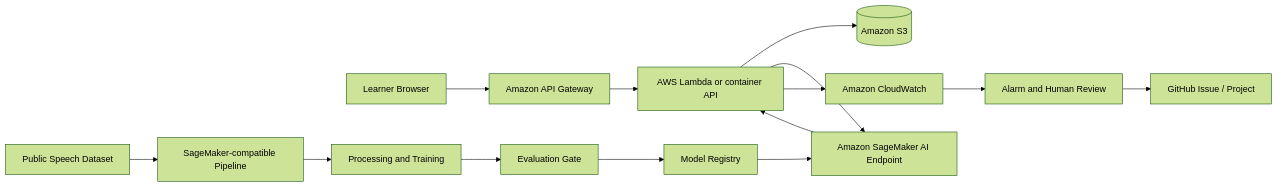
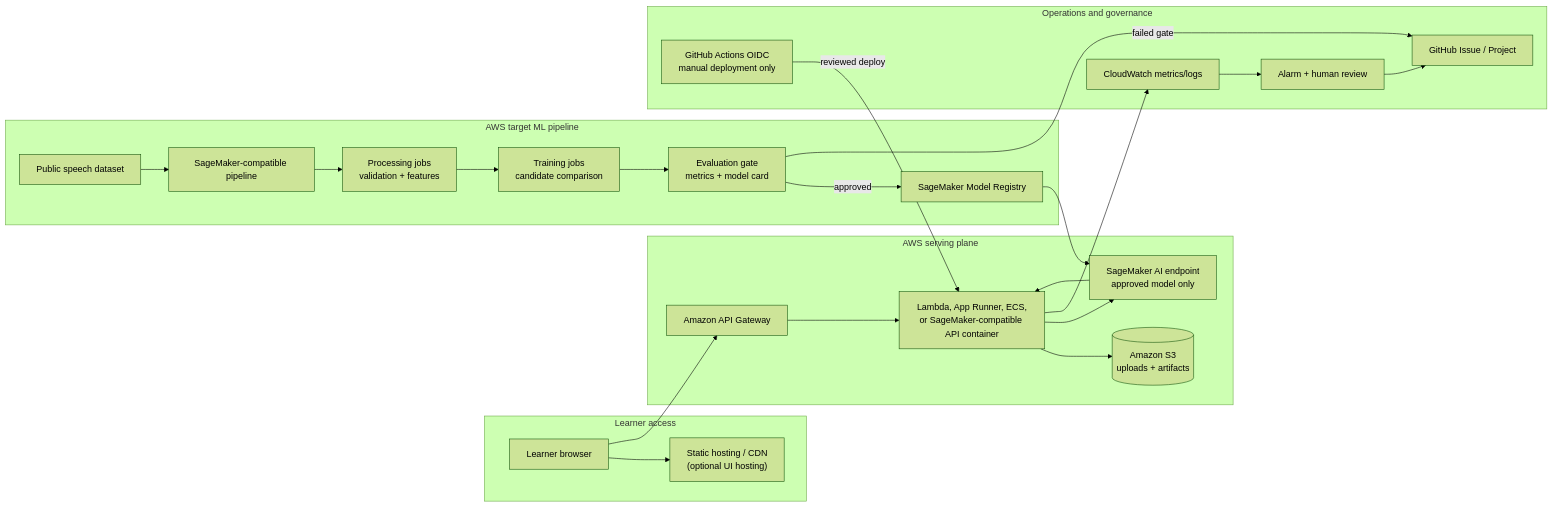
One commit to DanielAndi/fluentedge changed the second of 6 diagrams in FluentEdge_Sprint2_Design_and_Requirements_Specification.md. Above: the diagram before and after it, drawn with Mermaid (forest theme). The commit also changed other lines of this file and 14 other files, not shown here.

````diff
--- a/FluentEdge_Sprint2_Design_and_Requirements_Specification.md
+++ b/FluentEdge_Sprint2_Design_and_Requirements_Specification.md
@@ -218,17 +240,43 @@
 ```mermaid
 flowchart LR
-    U[Learner Browser] --> AGW[Amazon API Gateway]
-    AGW --> L[AWS Lambda or container API]
-    L --> S3[(Amazon S3)]
-    L --> SM[Amazon SageMaker AI Endpoint]
-    SM --> L
-    L --> CW[Amazon CloudWatch]
+    subgraph Edge["Learner access"]
+        U["Learner browser"]
+        CDN["Static hosting / CDN<br/>(optional UI hosting)"]
+    end
 
-    DATA[Public Speech Dataset] --> P[SageMaker-compatible Pipeline]
-    P --> TR[Processing and Training]
-    TR --> EV[Evaluation Gate]
-    EV --> MR[Model Registry]
-    MR --> SM
-    CW --> AL[Alarm and Human Review]
-    AL --> GI[GitHub Issue / Project]
+    subgraph Serving["AWS serving plane"]
+        AGW["Amazon API Gateway"]
+        API["Lambda, App Runner, ECS,<br/>or SageMaker-compatible API container"]
+        S3[("Amazon S3<br/>uploads + artifacts")]
+        SM["SageMaker AI endpoint<br/>approved model only"]
+    end
+
+    subgraph Training["AWS target ML pipeline"]
+        DATA["Public speech dataset"]
+        PIPE["SageMaker-compatible pipeline"]
+        PROC["Processing jobs<br/>validation + features"]
+        TRAIN["Training jobs<br/>candidate comparison"]
+        EVAL["Evaluation gate<br/>metrics + model card"]
+        MR["SageMaker Model Registry"]
+    end
+
+    subgraph Ops["Operations and governance"]
+        CW["CloudWatch metrics/logs"]
+        ALARM["Alarm + human review"]
+        GH["GitHub Issue / Project"]
+        OIDC["GitHub Actions OIDC<br/>manual deployment only"]
+    end
+
+    U --> CDN
+    U --> AGW
+    AGW --> API
+    API --> S3
+    API --> SM
+    SM --> API
+    API --> CW
+    DATA --> PIPE --> PROC --> TRAIN --> EVAL
+    EVAL -->|"approved"| MR --> SM
+    EVAL -->|"failed gate"| GH
+    CW --> ALARM --> GH
+    OIDC -->|"reviewed deploy"| API
 ```
````
